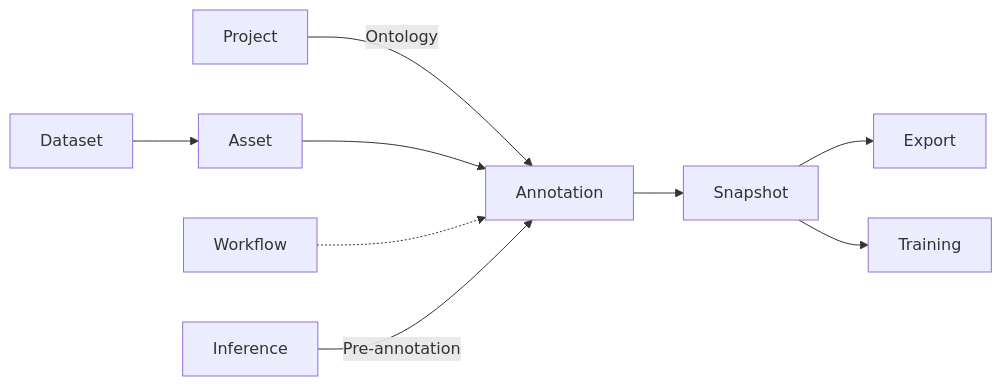
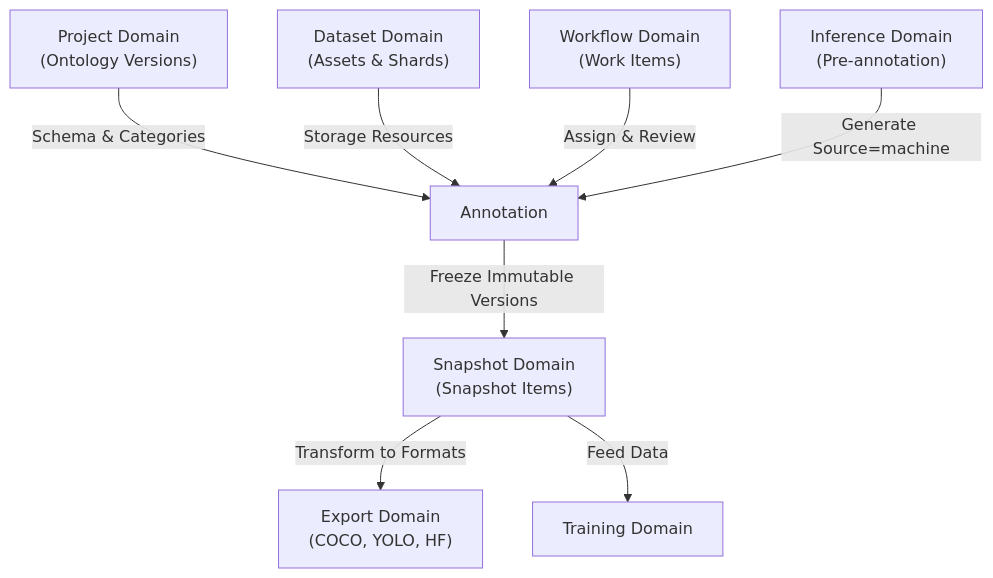
Before and after one commit to DUT-AI/dut-ai-data-platform: the fifth of 5 diagrams in docs/Annotation Domain 3a898e2c5a1d80a3a935ce6375f3566f.md, drawn with Mermaid. The commit also changed other lines of this file and 93 other files, not shown here.

````diff
--- a/docs/Annotation Domain 3a898e2c5a1d80a3a935ce6375f3566f.md
+++ b/docs/Annotation Domain 3a898e2c5a1d80a3a935ce6375f3566f.md
@@ -340,16 +344,11 @@
 ```mermaid
-flowchart LR
+flowchart TD
+    Project["Project Domain\n(Ontology Versions)"] -->|Schema & Categories| Annotation
+    Dataset["Dataset Domain\n(Assets & Shards)"] -->|Storage Resources| Annotation
+    Workflow["Workflow Domain\n(Work Items)"] -->|Assign & Review| Annotation
+    Inference["Inference Domain\n(Pre-annotation)"] -->|Generate Source=machine| Annotation
 
-Project -->|Ontology| Annotation
-
-Dataset --> Asset
-Asset --> Annotation
-
-Workflow -.-> Annotation
-
-Annotation --> Snapshot
-Snapshot --> Export
-Snapshot --> Training
-
-Inference -->|Pre-annotation| Annotation
+    Annotation -->|Freeze Immutable Versions| Snapshot["Snapshot Domain\n(Snapshot Items)"]
+    Snapshot -->|Transform to Formats| Export["Export Domain\n(COCO, YOLO, HF)"]
+    Snapshot -->|Feed Data| Training["Training Domain"]
 ```
````
